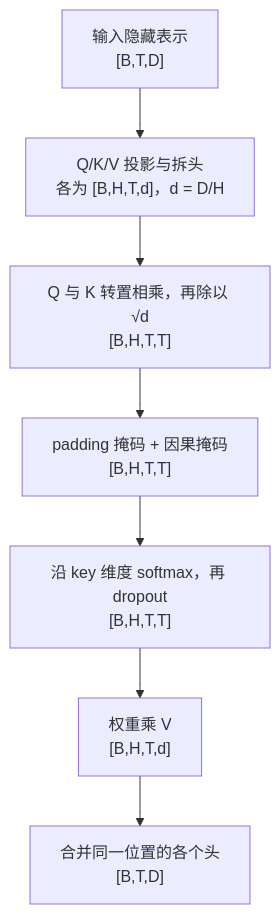
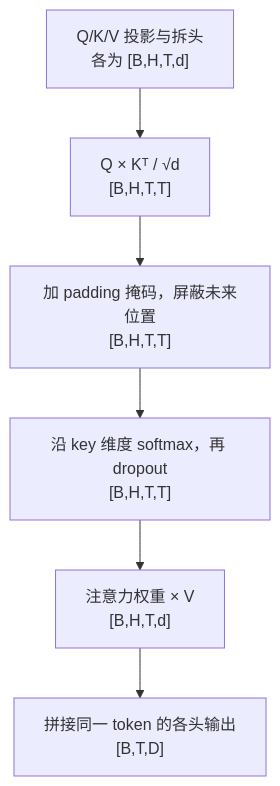
One commit to K-I-D-1412/gpt2-learning changed the second of 2 diagrams in README.md. Above: the diagram before and after it, drawn with Mermaid. The commit also changed other lines of this file and 5 other files, not shown here.

````diff
--- a/README.md
+++ b/README.md
@@ -29,11 +41,10 @@
 ```mermaid
 flowchart TD
-    X["输入隐藏表示<br/>[B,T,D]"]
-    QKV["Q/K/V 投影与拆头<br/>各为 [B,H,T,d]，d = D/H"]
-    S["Q 与 K 转置相乘，再除以 √d<br/>[B,H,T,T]"]
-    M["padding 掩码 + 因果掩码<br/>[B,H,T,T]"]
+    QKV["Q/K/V 投影与拆头<br/>各为 [B,H,T,d]"]
+    S["Q × Kᵀ / √d<br/>[B,H,T,T]"]
+    M["加 padding 掩码，屏蔽未来位置<br/>[B,H,T,T]"]
     A["沿 key 维度 softmax，再 dropout<br/>[B,H,T,T]"]
-    C["权重乘 V<br/>[B,H,T,d]"]
-    O["合并同一位置的各个头<br/>[B,T,D]"]
-    X --> QKV --> S --> M --> A --> C --> O
+    C["注意力权重 × V<br/>[B,H,T,d]"]
+    O["拼接同一 token 的各头输出<br/>[B,T,D]"]
+    QKV --> S --> M --> A --> C --> O
 ```
````
